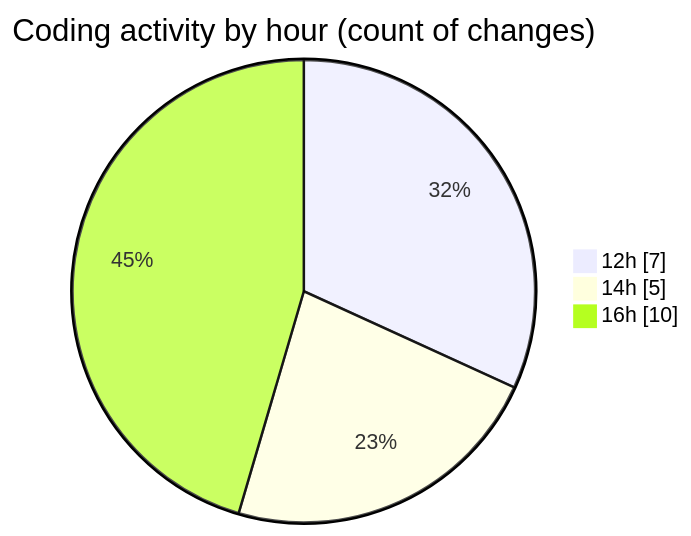
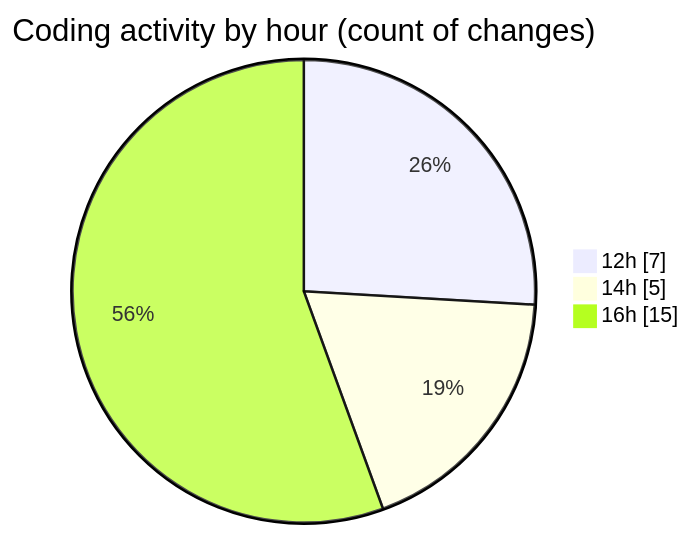
Before and after one commit to julien-gomy/code-tracking: the second of 2 diagrams in 2025-10-06/eventscop-frontend-guide__workspace_/README.md, drawn with Mermaid. The commit also changed other lines of this file and 1 other file, not shown here.

````diff
--- a/2025-10-06/eventscop-frontend-guide__workspace_/README.md
+++ b/2025-10-06/eventscop-frontend-guide__workspace_/README.md
@@ -36,7 +39,7 @@
 ```mermaid
 pie showData
 title Coding activity by hour (count of changes)
 "12h" : 7
 "14h" : 5
-"16h" : 10
+"16h" : 15
 ```
````
